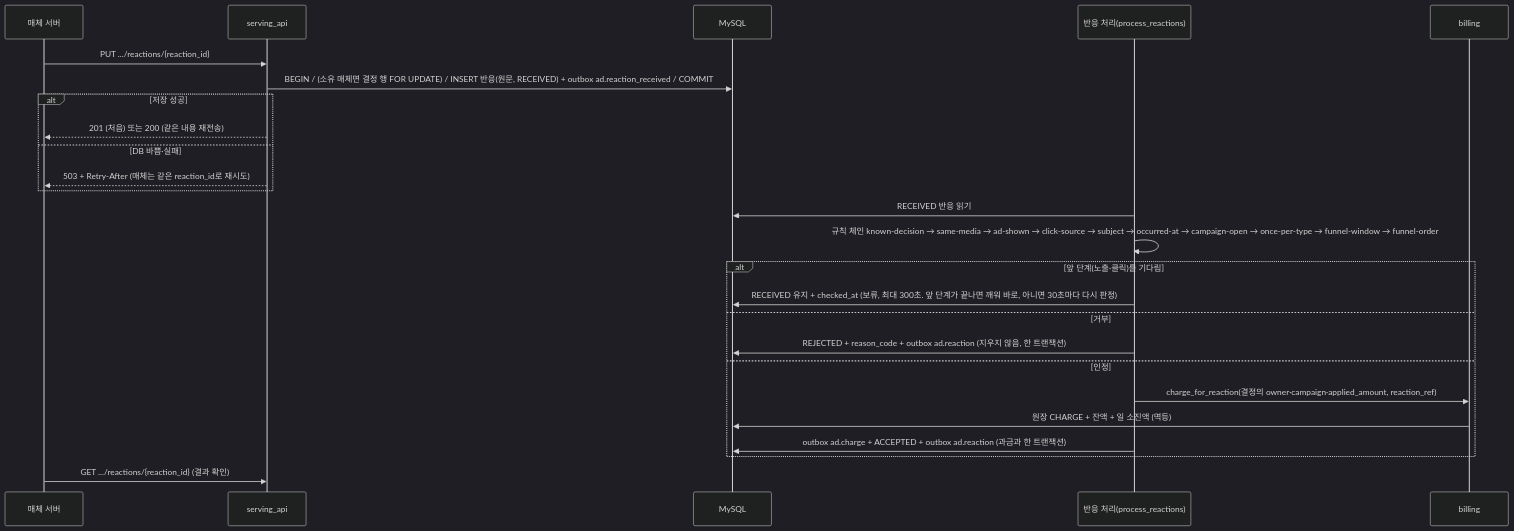
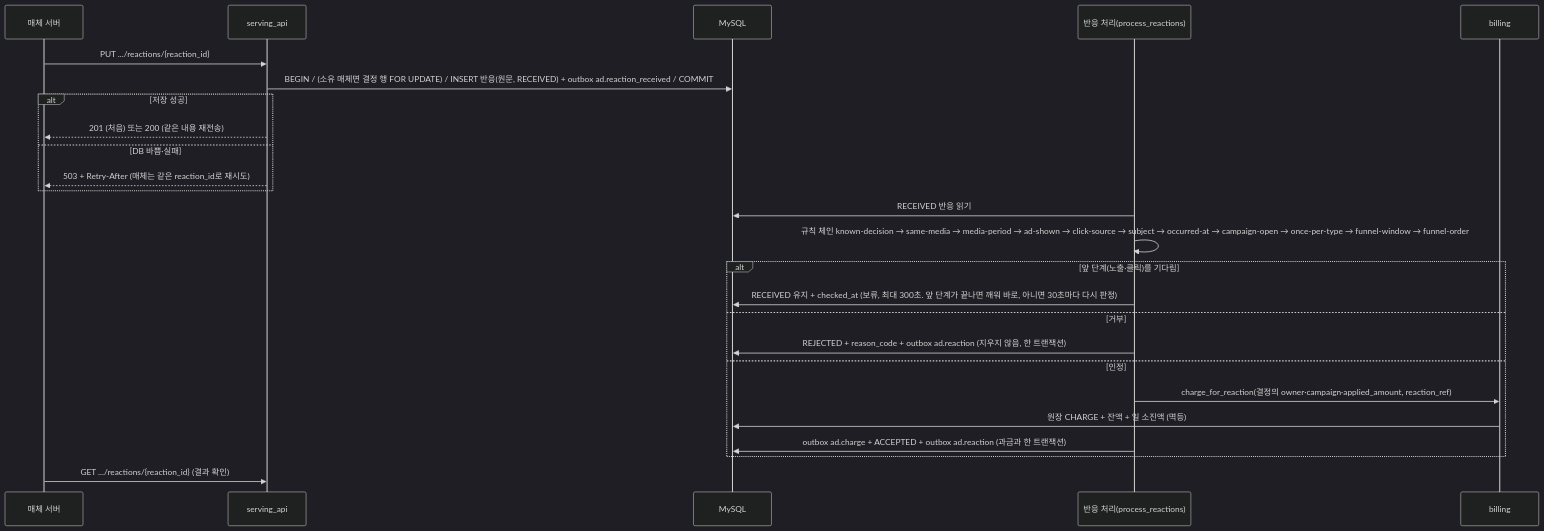
One commit to encore-ai-campus/mlo-01-p3-team2 changed the seventh of 7 diagrams in docs/ads-server/ads-server-drd.md. Above: the diagram before and after it, drawn with Mermaid (dark theme). The commit also changed other lines of this file and 5 other files, not shown here.

````diff
--- a/docs/ads-server/ads-server-drd.md
+++ b/docs/ads-server/ads-server-drd.md
@@ -881,28 +901,28 @@
 ```mermaid
 sequenceDiagram
     participant M as 매체 서버
     participant S as serving_api
     participant DB as MySQL
     participant P as 반응 처리(process_reactions)
     participant B as billing
 
     M->>S: PUT .../reactions/{reaction_id}
     S->>DB: BEGIN / (소유 매체면 결정 행 FOR UPDATE) / INSERT 반응(원문, RECEIVED) + outbox ad.reaction_received / COMMIT
     alt 저장 성공
         S-->>M: 201 (처음) 또는 200 (같은 내용 재전송)
     else DB 바쁨·실패
         S-->>M: 503 + Retry-After (매체는 같은 reaction_id로 재시도)
     end
     P->>DB: RECEIVED 반응 읽기
-    P->>P: 규칙 체인 known-decision → same-media → ad-shown → click-source → subject → occurred-at → campaign-open → once-per-type → funnel-window → funnel-order
+    P->>P: 규칙 체인 known-decision → same-media → media-period → ad-shown → click-source → subject → occurred-at → campaign-open → once-per-type → funnel-window → funnel-order
     alt 앞 단계(노출·클릭)를 기다림
         P->>DB: RECEIVED 유지 + checked_at (보류, 최대 300초. 앞 단계가 끝나면 깨워 바로, 아니면 30초마다 다시 판정)
     else 거부
         P->>DB: REJECTED + reason_code + outbox ad.reaction (지우지 않음, 한 트랜잭션)
     else 인정
         P->>B: charge_for_reaction(결정의 owner·campaign·applied_amount, reaction_ref)
         B->>DB: 원장 CHARGE + 잔액 + 일 소진액 (멱등)
         P->>DB: outbox ad.charge + ACCEPTED + outbox ad.reaction (과금과 한 트랜잭션)
     end
     M->>S: GET .../reactions/{reaction_id} (결과 확인)
 ```
````
